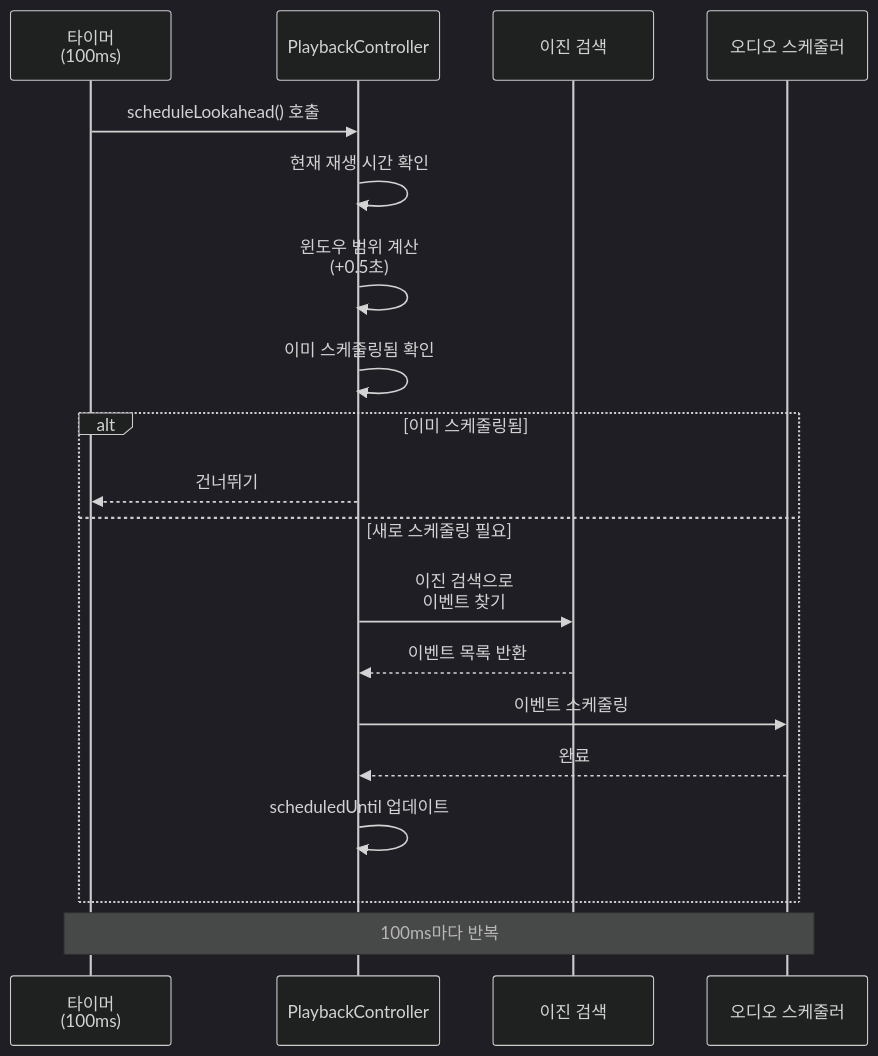
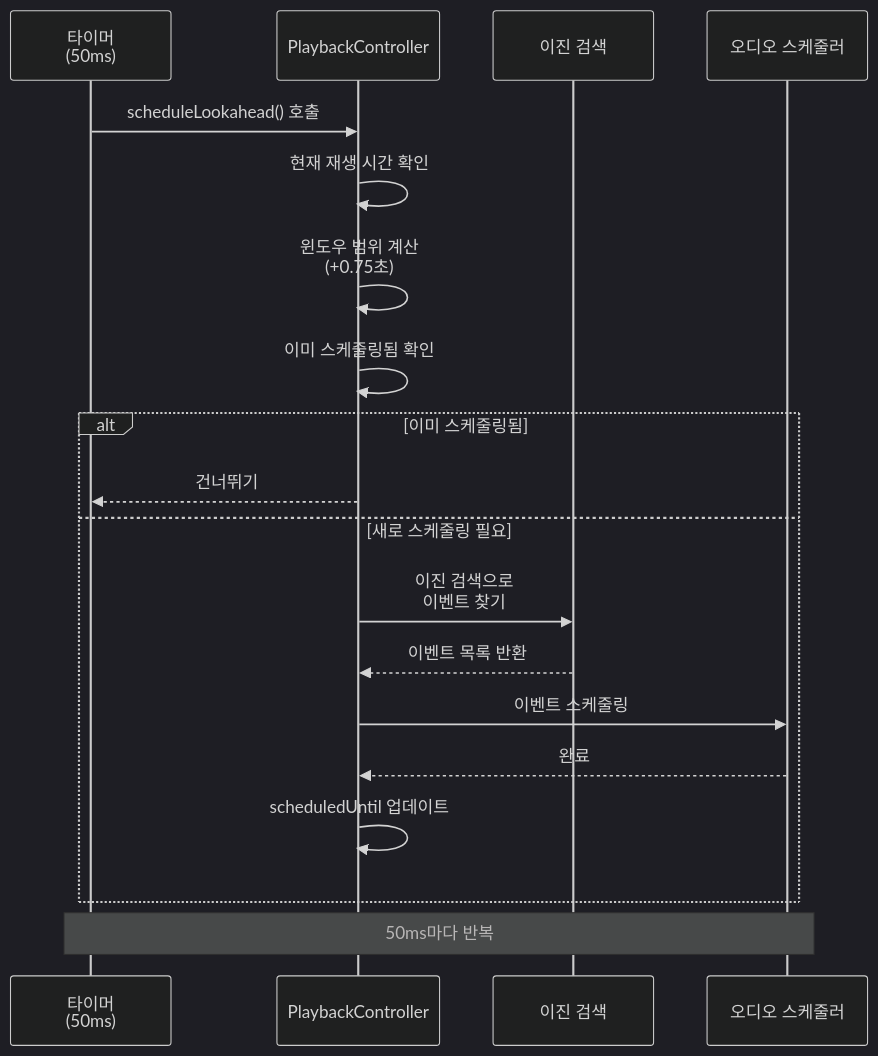
Before and after one commit to JaceDashS/online-sequencer: the third of 3 diagrams in docs/architecture/optimization-design/implementation-level/lookahead-scheduling.ko.md, drawn with Mermaid (dark theme). The commit also changed other lines of this file and 4 other files, not shown here.

````diff
--- a/docs/architecture/optimization-design/implementation-level/lookahead-scheduling.ko.md
+++ b/docs/architecture/optimization-design/implementation-level/lookahead-scheduling.ko.md
@@ -102,24 +102,24 @@
 ```mermaid
 sequenceDiagram
-    participant Timer as 타이머<br/>(100ms)
+    participant Timer as 타이머<br/>(50ms)
     participant Controller as PlaybackController
     participant Search as 이진 검색
     participant Scheduler as 오디오 스케줄러
     
     Timer->>Controller: scheduleLookahead() 호출
     Controller->>Controller: 현재 재생 시간 확인
-    Controller->>Controller: 윈도우 범위 계산<br/>(+0.5초)
+    Controller->>Controller: 윈도우 범위 계산<br/>(+0.75초)
     Controller->>Controller: 이미 스케줄링됨 확인
     
     alt 이미 스케줄링됨
         Controller-->>Timer: 건너뛰기
     else 새로 스케줄링 필요
         Controller->>Search: 이진 검색으로<br/>이벤트 찾기
         Search-->>Controller: 이벤트 목록 반환
         Controller->>Scheduler: 이벤트 스케줄링
         Scheduler-->>Controller: 완료
         Controller->>Controller: scheduledUntil 업데이트
     end
     
-    Note over Timer,Scheduler: 100ms마다 반복
+    Note over Timer,Scheduler: 50ms마다 반복
 ```
````
